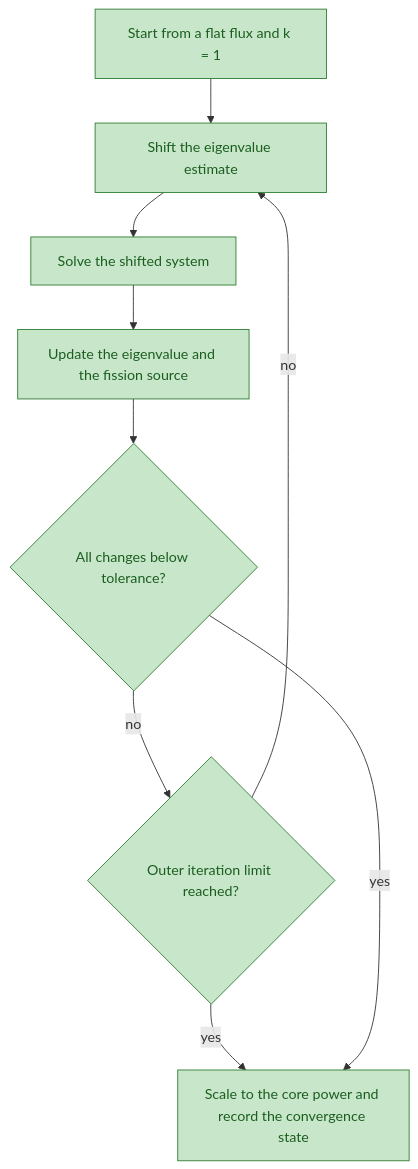
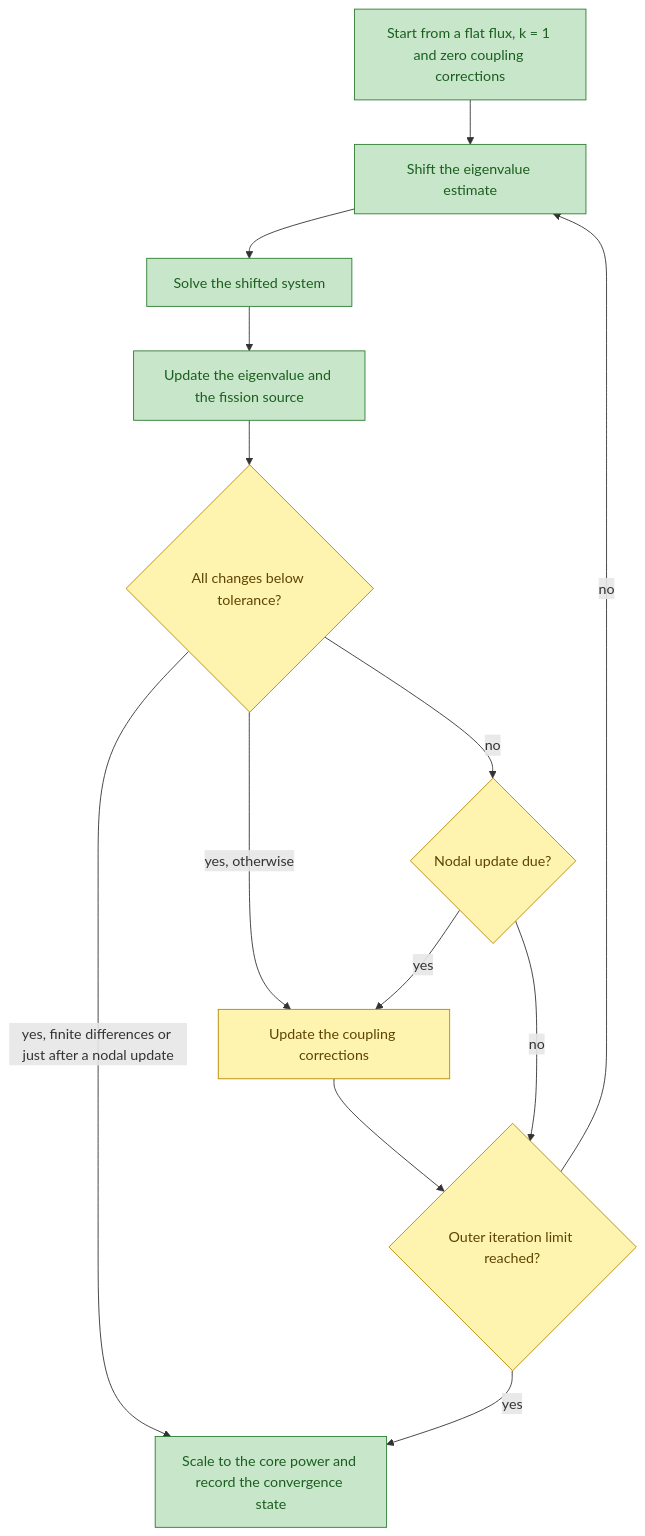
One commit to aurja130/URUS changed the sixth of 16 diagrams in Planning/DBC/CONCEPTS.md. Above: the diagram before and after it, drawn with Mermaid. The commit also changed other lines of this file and 5 other files, not shown here.

````diff
--- a/Planning/DBC/CONCEPTS.md
+++ b/Planning/DBC/CONCEPTS.md
@@ -173,16 +174,21 @@
 ```mermaid
 flowchart TD
 classDef implemented fill:#c8e6c9,stroke:#2e7d32,color:#1b5e20
 classDef partial fill:#fff3b0,stroke:#b58900,color:#5c4400
 classDef planned stroke-dasharray:6 4
 classDef external fill:#eeeeee,stroke:#9e9e9e,stroke-dasharray:1 3,color:#616161
-EsStart["Start from a flat flux and k = 1"] --> EsShift["Shift the eigenvalue estimate"]
+EsStart["Start from a flat flux, k = 1 and zero coupling corrections"] --> EsShift["Shift the eigenvalue estimate"]
 EsShift --> EsInner["Solve the shifted system"]
 EsInner --> EsUpdate["Update the eigenvalue and the fission source"]
 EsUpdate --> EsConverged{"All changes below tolerance?"}
-EsConverged -->|no| EsLimit{"Outer iteration limit reached?"}
+EsConverged -->|"yes, finite differences or just after a nodal update"| EsFinish["Scale to the core power and record the convergence state"]
+EsConverged -->|"yes, otherwise"| EsNodalUpdate["Update the coupling corrections"]
+EsConverged -->|no| EsNodalDue{"Nodal update due?"}
+EsNodalDue -->|yes| EsNodalUpdate
+EsNodalDue -->|no| EsLimit{"Outer iteration limit reached?"}
+EsNodalUpdate --> EsLimit
 EsLimit -->|no| EsShift
-EsLimit -->|yes| EsFinish["Scale to the core power and record the convergence state"]
-EsConverged -->|yes| EsFinish
-class EsStart,EsShift,EsInner,EsUpdate,EsConverged,EsLimit,EsFinish implemented
+EsLimit -->|yes| EsFinish
+class EsStart,EsShift,EsInner,EsUpdate,EsFinish implemented
+class EsConverged,EsNodalDue,EsNodalUpdate,EsLimit partial
 ```
````
